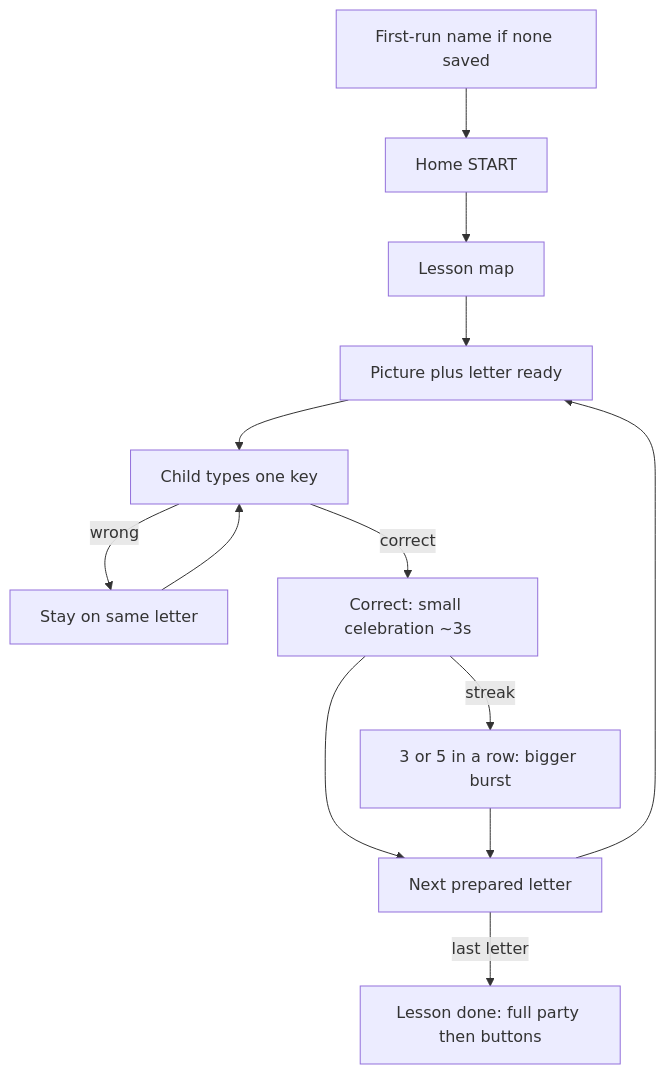
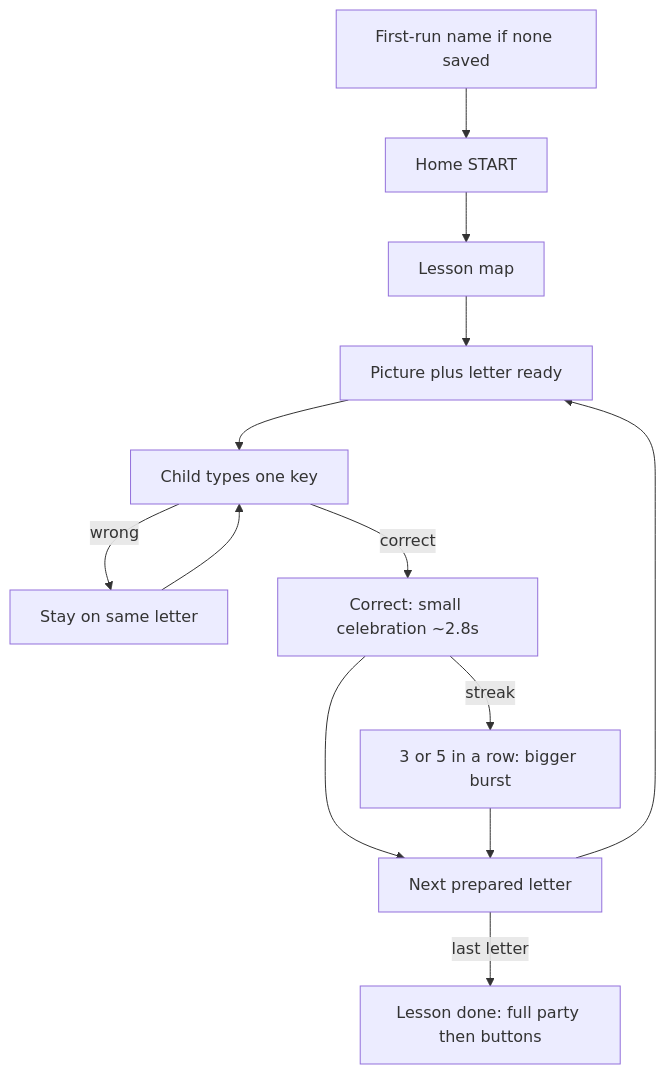
One commit to sajjadmurtaza/keyboard-adventure changed the diagram in README.md. Above: the diagram before and after it, drawn with Mermaid. The commit also changed other lines of this file and 8 other files, not shown here.

````diff
--- a/README.md
+++ b/README.md
@@ -33,18 +47,18 @@
 ```mermaid
 flowchart TD
   name[First-run name if none saved]
   home[Home START]
   map[Lesson map]
   prep[Picture plus letter ready]
   type[Child types one key]
   wrong[Stay on same letter]
-  win[Correct: small celebration ~3s]
+  win[Correct: small celebration ~2.8s]
   streak[3 or 5 in a row: bigger burst]
   next[Next prepared letter]
   party[Lesson done: full party then buttons]
   name --> home --> map --> prep --> type
   type -->|wrong| wrong --> type
   type -->|correct| win --> next --> prep
   win -->|streak| streak --> next
   next -->|last letter| party
 ```
````
